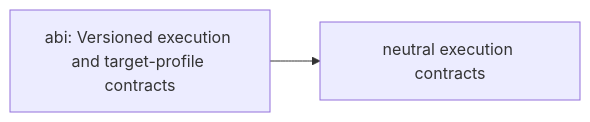
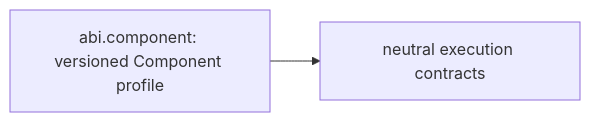
Before and after one commit to kotoba-lang/abi: the diagram in docs/stack-architecture.md, drawn with Mermaid. The commit also changed other lines of this file and 1 other file, not shown here.

Commit message:
refactor: align execution contract and target profile ownership

````diff
--- a/docs/stack-architecture.md
+++ b/docs/stack-architecture.md
@@ -16,5 +23,5 @@
 ```mermaid
 flowchart LR
-  Owner["abi: Versioned execution and target-profile contracts"]
+  Owner["abi.component: versioned Component profile"]
   Owner --> D0["neutral execution contracts"]
 ```
````
